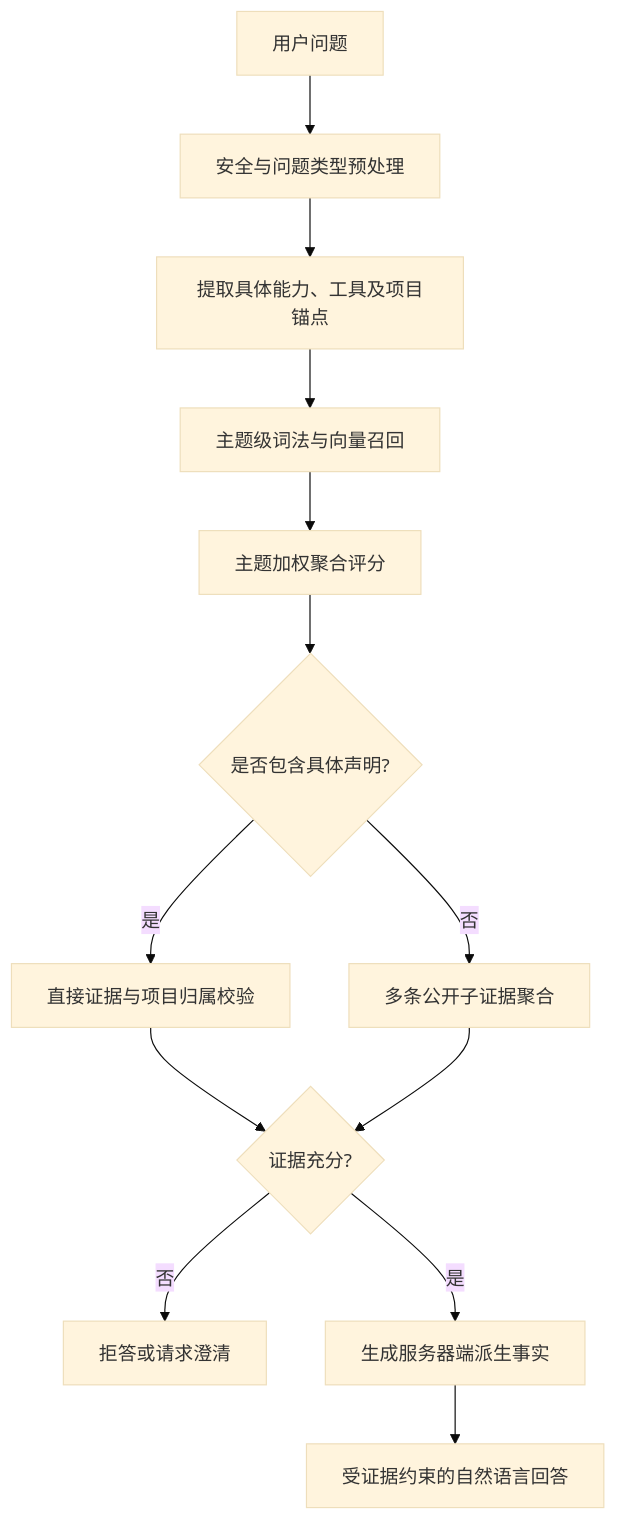
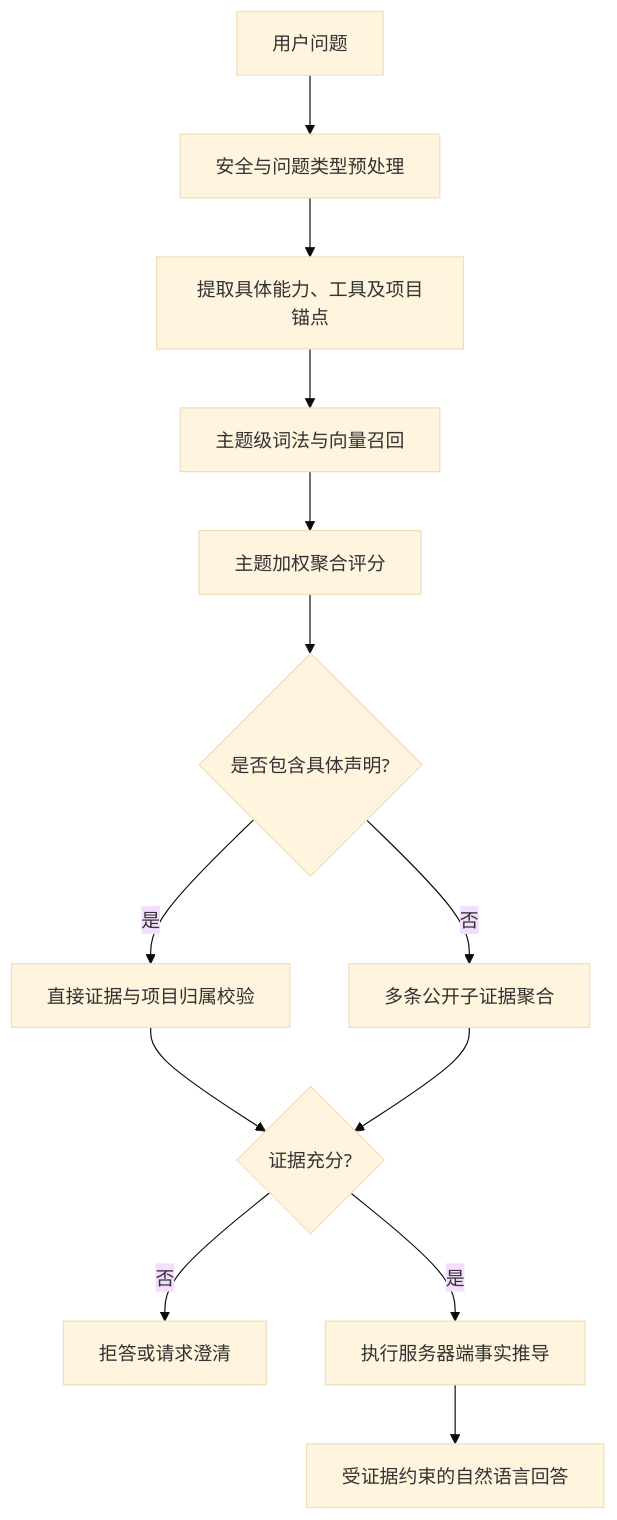
One commit to mrxiaoxies/YYQ-Personal-web changed the diagram in docs/superpowers/specs/2026-08-12-topic-aggregation-derived-facts-design.md. Above: the diagram before and after it, drawn with Mermaid (base theme). The commit also changed other lines of this file, not shown here.

````diff
--- a/docs/superpowers/specs/2026-08-12-topic-aggregation-derived-facts-design.md
+++ b/docs/superpowers/specs/2026-08-12-topic-aggregation-derived-facts-design.md
@@ -42,15 +54,15 @@
 ```mermaid
 flowchart TD
   Q["用户问题"] --> P["安全与问题类型预处理"]
   P --> C["提取具体能力、工具及项目锚点"]
   C --> T["主题级词法与向量召回"]
   T --> A["主题加权聚合评分"]
   A --> G{"是否包含具体声明?"}
   G -- "是" --> D["直接证据与项目归属校验"]
   G -- "否" --> E["多条公开子证据聚合"]
   D --> R{"证据充分?"}
   E --> R
   R -- "否" --> F["拒答或请求澄清"]
-  R -- "是" --> X["生成服务器端派生事实"]
+  R -- "是" --> X["执行服务器端事实推导"]
   X --> M["受证据约束的自然语言回答"]
 ```
````
